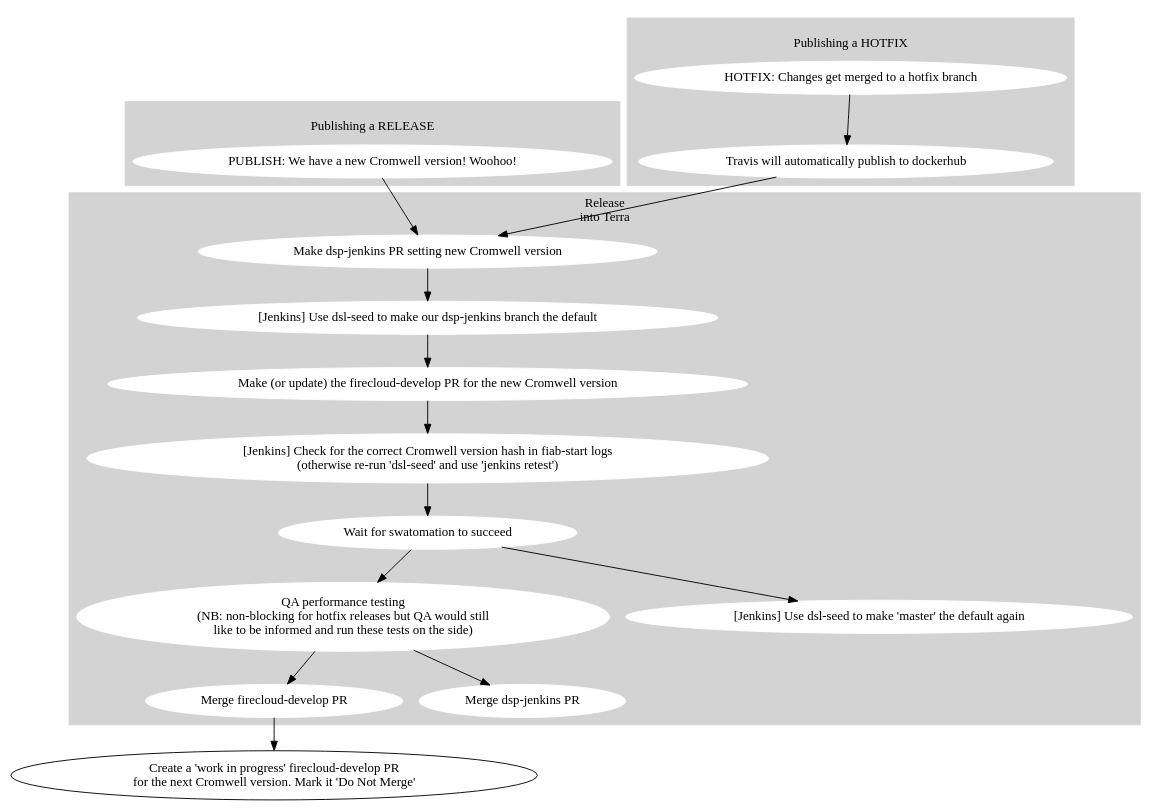
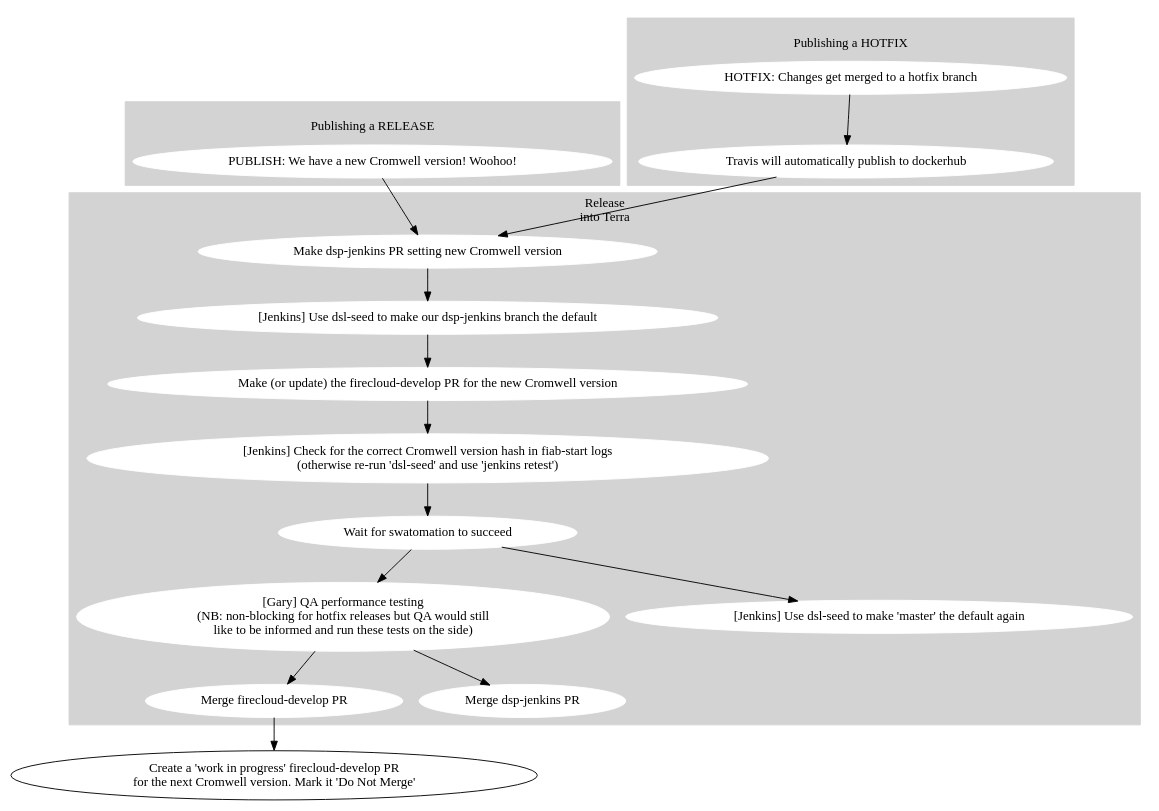
Before and after one commit to broadinstitute/cromwell: the diagram in scripts/release_processes/firecloud-develop.dot, drawn with Graphviz. The commit also changed 1 other file, not shown here.

Commit message:
Make Gary our QA-goto

```diff
--- a/scripts/release_processes/firecloud-develop.dot
+++ b/scripts/release_processes/firecloud-develop.dot
@@ -1,72 +1,70 @@
 digraph {
 
   # Nodes
 
   subgraph cluster_0 {
     label="\lPublishing a RELEASE"
     style=filled
     node [style=filled,color=white];
     color="lightgrey"
 
     release_cromwell [shape=oval label="PUBLISH: We have a new Cromwell version! Woohoo!"];
   }
 
   subgraph cluster_1 {
     label="\lPublishing a HOTFIX"
     style=filled
     node [style=filled,color=white];
     color="lightgrey"
 
     hotfix_changes [shape=oval label="HOTFIX: Changes get merged to a hotfix branch"];
     publish_hotfix [shape=oval label="Travis will automatically publish to dockerhub"];
   }
 
   subgraph cluster_2 {
     label="Release\ninto Terra"
     style=filled
     node [style=filled,color=white];
     color="lightgrey"
 
     fcdev_pr [shape=oval label="Make (or update) the firecloud-develop PR for the new Cromwell version"];
     confirm_cromwell_v [shape=oval label="[Jenkins] Check for the correct Cromwell version hash in fiab-start logs\n(otherwise re-run 'dsl-seed' and use 'jenkins retest')"];
     confirm_cromwell_v [shape=oval label="[Jenkins] Check for the correct Cromwell version hash in fiab-start logs\n(otherwise re-run 'dsl-seed' and use 'jenkins retest')"];
     fcdev_success [shape=oval label="Wait for swatomation to succeed"];
 
     fcdev_merge [shape=oval label="Merge firecloud-develop PR"];
 
     dspjenkins_PR [shape=oval label="Make dsp-jenkins PR setting new Cromwell version"];
     dspjenkins_merge [shape=oval label="Merge dsp-jenkins PR"];
 
-    qa_perf [shape=oval label="QA performance testing\n(NB: non-blocking for hotfix releases but QA would still\nlike to be informed and run these tests on the side)"];
+    qa_perf [shape=oval label="[Gary] QA performance testing\n(NB: non-blocking for hotfix releases but QA would still\nlike to be informed and run these tests on the side)"];
 
     jenkins_set [shape=oval label="[Jenkins] Use dsl-seed to make our dsp-jenkins branch the default"];
     jenkins_reset [shape=oval label="[Jenkins] Use dsl-seed to make 'master' the default again"];
 
   }
 
   fcdev_upnext [shape=oval label="Create a 'work in progress' firecloud-develop PR\nfor the next Cromwell version. Mark it 'Do Not Merge'"];
 
   # Edges
 
   hotfix_changes -> publish_hotfix
   publish_hotfix -> dspjenkins_PR
 
   release_cromwell -> dspjenkins_PR
 
   fcdev_pr -> confirm_cromwell_v
 
   dspjenkins_PR -> jenkins_set
 
   jenkins_set -> fcdev_pr
   confirm_cromwell_v -> fcdev_success
 
   fcdev_success -> jenkins_reset
   fcdev_success -> qa_perf
 
   qa_perf -> dspjenkins_merge
   qa_perf -> fcdev_merge
 
   fcdev_merge -> fcdev_upnext
-
-
 }
```
